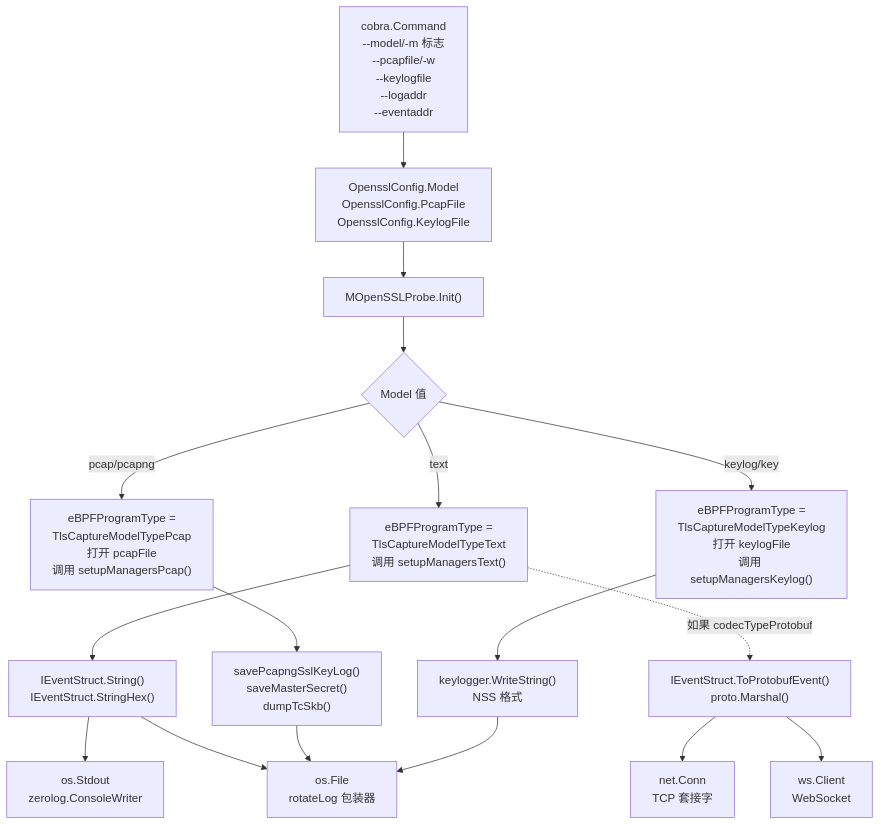
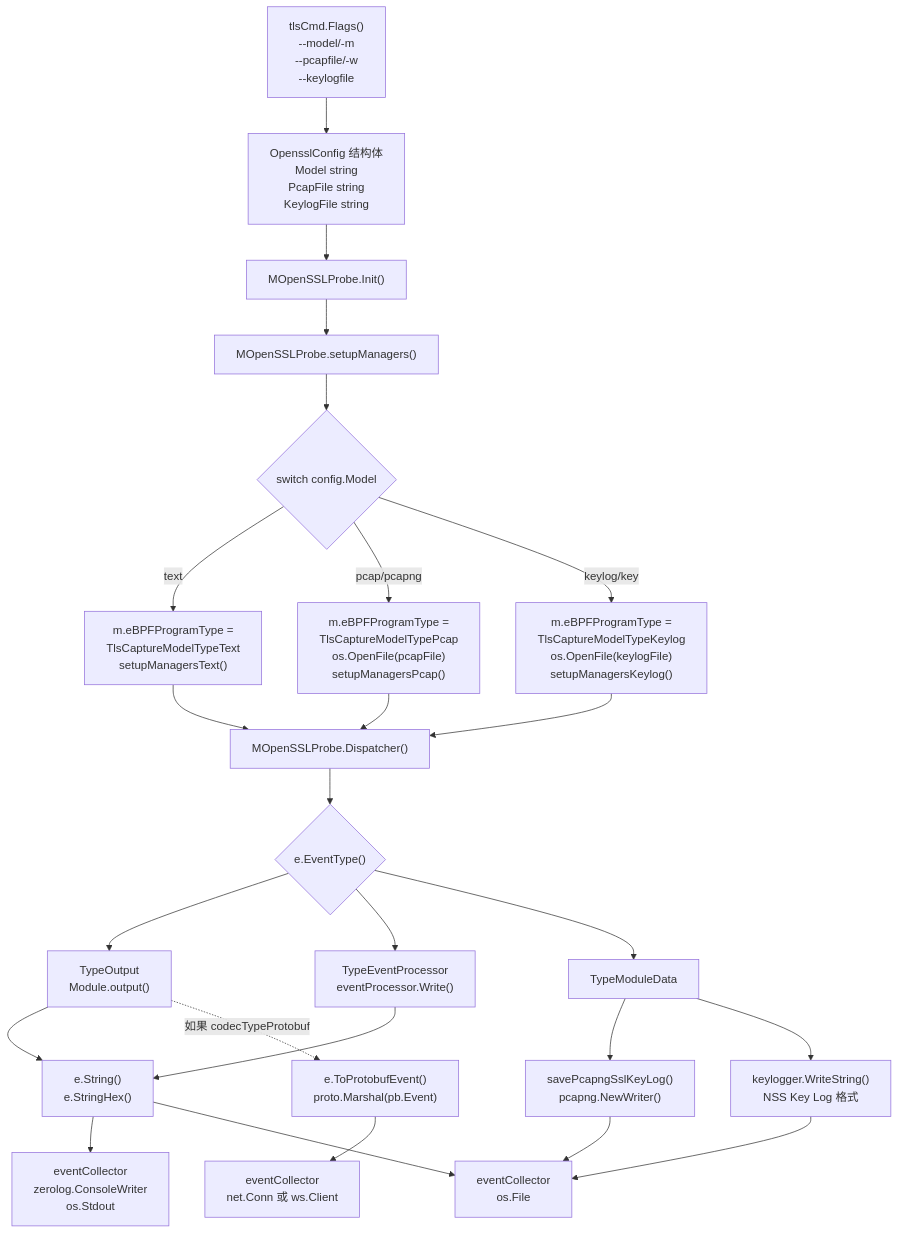
Before and after one commit to gojue/ecapture.cc: the first of 3 diagrams in src/zh/4-output-formats/index.md, drawn with Mermaid. The commit also changed other lines of this file and 115 other files, not shown here.

````diff
--- a/src/zh/4-output-formats/index.md
+++ b/src/zh/4-output-formats/index.md
@@ -28,44 +30,64 @@
 ```mermaid
 graph TB
-    CLI["cobra.Command<br/>--model/-m 标志<br/>--pcapfile/-w<br/>--keylogfile<br/>--logaddr<br/>--eventaddr"]
+    CLI["tlsCmd.Flags()<br/>--model/-m<br/>--pcapfile/-w<br/>--keylogfile"]
     
-    Config["OpensslConfig.Model<br/>OpensslConfig.PcapFile<br/>OpensslConfig.KeylogFile"]
+    Config["OpensslConfig 结构体<br/>Model string<br/>PcapFile string<br/>KeylogFile string"]
     
     ModuleInit["MOpenSSLProbe.Init()"]
     
-    FormatSwitch{Model 值}
+    SetupMgrs["MOpenSSLProbe.setupManagers()"]
     
-    TextBranch["eBPFProgramType =<br/>TlsCaptureModelTypeText<br/>调用 setupManagersText()"]
-    PcapBranch["eBPFProgramType =<br/>TlsCaptureModelTypePcap<br/>打开 pcapFile<br/>调用 setupManagersPcap()"]
-    KeylogBranch["eBPFProgramType =<br/>TlsCaptureModelTypeKeylog<br/>打开 keylogFile<br/>调用 setupManagersKeylog()"]
+    FormatSwitch{"switch config.Model"}
     
-    TextEncode["IEventStruct.String()<br/>IEventStruct.StringHex()"]
-    PcapEncode["savePcapngSslKeyLog()<br/>saveMasterSecret()<br/>dumpTcSkb()"]
-    KeylogEncode["keylogger.WriteString()<br/>NSS 格式"]
-    ProtobufEncode["IEventStruct.ToProtobufEvent()<br/>proto.Marshal()"]
+    TextBranch["m.eBPFProgramType =<br/>TlsCaptureModelTypeText<br/>setupManagersText()"]
+    PcapBranch["m.eBPFProgramType =<br/>TlsCaptureModelTypePcap<br/>os.OpenFile(pcapFile)<br/>setupManagersPcap()"]
+    KeylogBranch["m.eBPFProgramType =<br/>TlsCaptureModelTypeKeylog<br/>os.OpenFile(keylogFile)<br/>setupManagersKeylog()"]
     
-    ConsoleOut["os.Stdout<br/>zerolog.ConsoleWriter"]
-    FileOut["os.File<br/>rotateLog 包装器"]
-    TcpOut["net.Conn<br/>TCP 套接字"]
-    WsOut["ws.Client<br/>WebSocket"]
+    Dispatcher["MOpenSSLProbe.Dispatcher()"]
+    
+    EventType{"e.EventType()"}
+    
+    TypeOutput["TypeOutput<br/>Module.output()"]
+    TypeProcessor["TypeEventProcessor<br/>eventProcessor.Write()"]
+    TypeModule["TypeModuleData"]
+    
+    TextEncode["e.String()<br/>e.StringHex()"]
+    PcapWrite["savePcapngSslKeyLog()<br/>pcapng.NewWriter()"]
+    KeylogWrite["keylogger.WriteString()<br/>NSS Key Log 格式"]
+    ProtobufEncode["e.ToProtobufEvent()<br/>proto.Marshal(pb.Event)"]
+    
+    ConsoleOut["eventCollector<br/>zerolog.ConsoleWriter<br/>os.Stdout"]
+    FileOut["eventCollector<br/>os.File"]
+    RemoteOut["eventCollector<br/>net.Conn 或 ws.Client"]
     
     CLI --> Config
     Config --> ModuleInit
-    ModuleInit --> FormatSwitch
+    ModuleInit --> SetupMgrs
+    SetupMgrs --> FormatSwitch
     
-    FormatSwitch -->|text| TextBranch
-    FormatSwitch -->|pcap/pcapng| PcapBranch
-    FormatSwitch -->|keylog/key| KeylogBranch
+    FormatSwitch -->|"text"| TextBranch
+    FormatSwitch -->|"pcap/pcapng"| PcapBranch
+    FormatSwitch -->|"keylog/key"| KeylogBranch
     
-    TextBranch --> TextEncode
-    TextBranch -.->|如果 codecTypeProtobuf| ProtobufEncode
-    PcapBranch --> PcapEncode
-    KeylogBranch --> KeylogEncode
+    TextBranch --> Dispatcher
+    PcapBranch --> Dispatcher
+    KeylogBranch --> Dispatcher
+    
+    Dispatcher --> EventType
+    
+    EventType --> TypeOutput
+    EventType --> TypeProcessor
+    EventType --> TypeModule
+    
+    TypeOutput --> TextEncode
+    TypeOutput -.->|"如果 codecTypeProtobuf"| ProtobufEncode
+    TypeModule --> PcapWrite
+    TypeModule --> KeylogWrite
+    TypeProcessor --> TextEncode
     
     TextEncode --> ConsoleOut
     TextEncode --> FileOut
-    PcapEncode --> FileOut
-    KeylogEncode --> FileOut
-    ProtobufEncode --> TcpOut
-    ProtobufEncode --> WsOut
+    PcapWrite --> FileOut
+    KeylogWrite --> FileOut
+    ProtobufEncode --> RemoteOut
 ```
````
